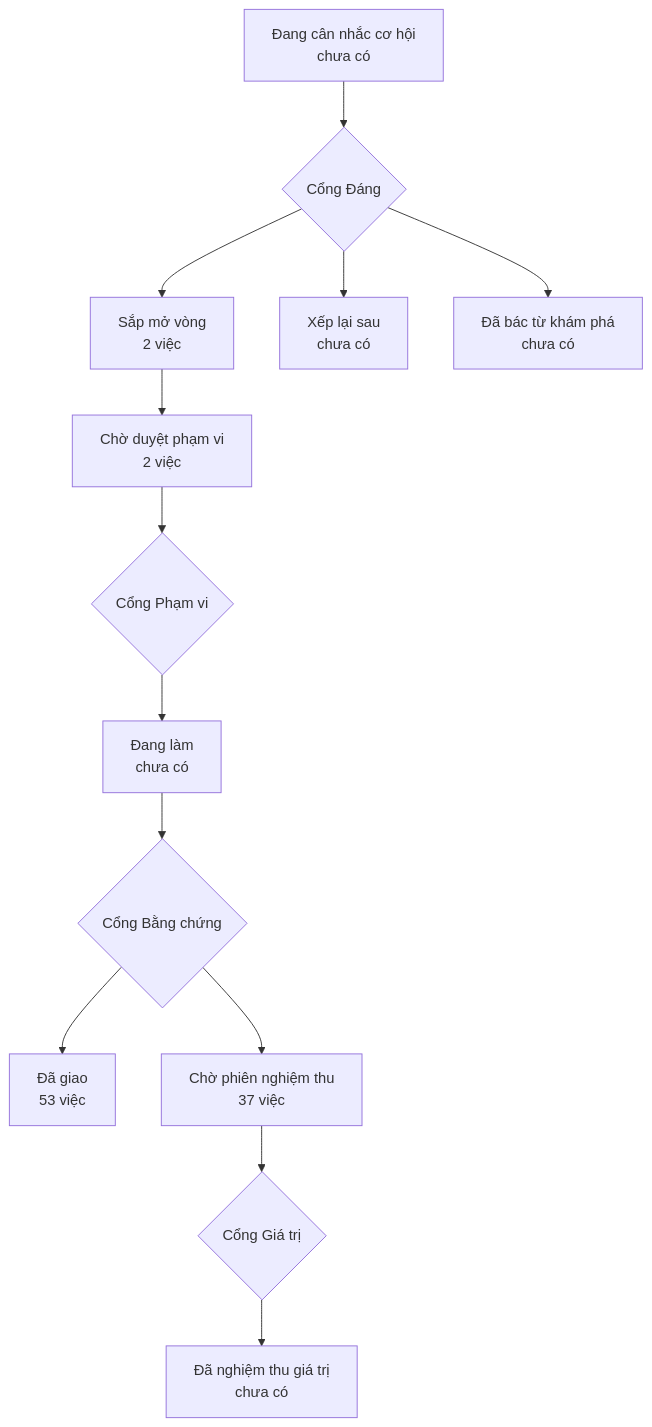
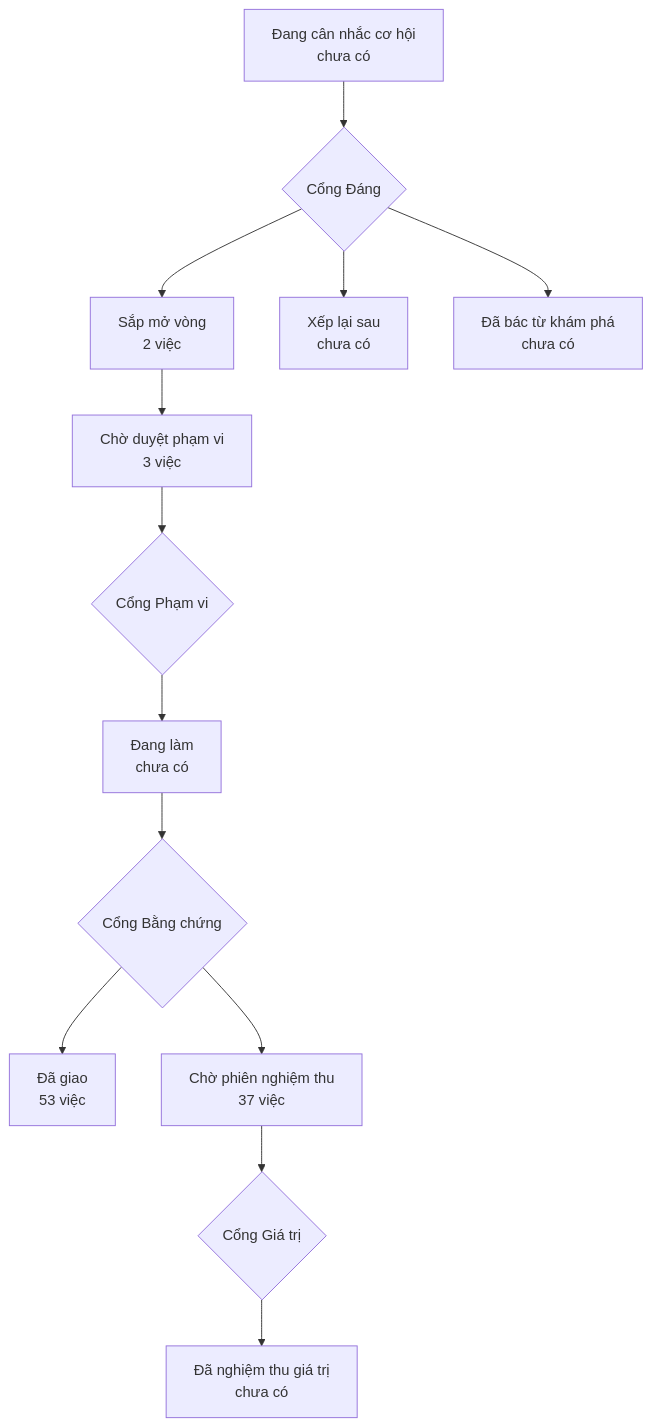
The diagram in PRODUCT-MAP.md (phanlemanh/onehub-invest), drawn with Mermaid before and after one commit. The commit also changed other lines of this file and 1 other file, not shown here.

Commit message:
chore(acceptance): bản đồ sản phẩm + LO-TRINH có hồ sơ adr-duong-lenh-keo

````diff
--- a/PRODUCT-MAP.md
+++ b/PRODUCT-MAP.md
@@ -7,12 +7,12 @@
 ```mermaid
 flowchart TD
   A["Đang cân nhắc cơ hội<br/>chưa có"] --> GD{"Cổng Đáng"}
   GD --> B["Sắp mở vòng<br/>2 việc"]
   GD --> XL["Xếp lại sau<br/>chưa có"]
   GD --> DB["Đã bác từ khám phá<br/>chưa có"]
-  B --> CD["Chờ duyệt phạm vi<br/>2 việc"] --> GP{"Cổng Phạm vi"}
+  B --> CD["Chờ duyệt phạm vi<br/>3 việc"] --> GP{"Cổng Phạm vi"}
   GP --> DL["Đang làm<br/>chưa có"] --> GB{"Cổng Bằng chứng"}
   GB --> DG["Đã giao<br/>53 việc"]
   GB --> CN["Chờ phiên nghiệm thu<br/>37 việc"] --> GG{"Cổng Giá trị"}
   GG --> NT["Đã nghiệm thu giá trị<br/>chưa có"]
 ```
````
